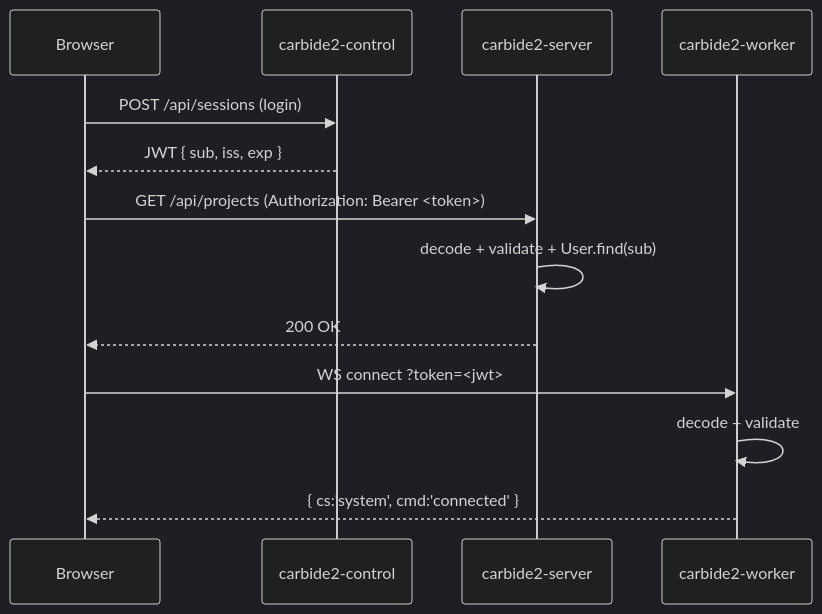
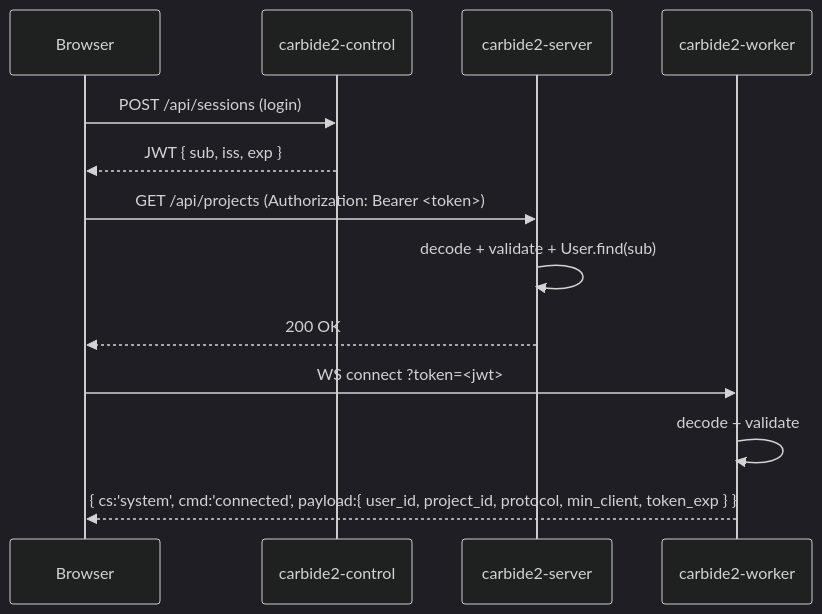
One commit to fdimitri/carbide2-docs changed the diagram in src/content/docs/architecture/authentication.mdx. Above: the diagram before and after it, drawn with Mermaid (dark theme). The commit also changed 11 other files, not shown here.

````diff
--- a/src/content/docs/architecture/authentication.mdx
+++ b/src/content/docs/architecture/authentication.mdx
@@ -55,18 +55,18 @@
 ```mermaid
 sequenceDiagram
   participant Browser
   participant Control as carbide2-control
   participant Server as carbide2-server
   participant Worker as carbide2-worker
 
   Browser->>Control: POST /api/sessions (login)
   Control-->>Browser: JWT { sub, iss, exp }
 
   Browser->>Server: GET /api/projects (Authorization: Bearer <token>)
   Server->>Server: decode + validate + User.find(sub)
   Server-->>Browser: 200 OK
 
   Browser->>Worker: WS connect ?token=<jwt>
   Worker->>Worker: decode + validate
-  Worker-->>Browser: { cs:'system', cmd:'connected' }
+  Worker-->>Browser: { cs:'system', cmd:'connected', payload:{ user_id, project_id, protocol, min_client, token_exp } }
 ```
````
